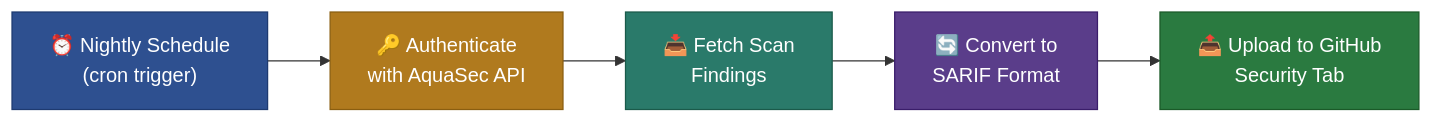
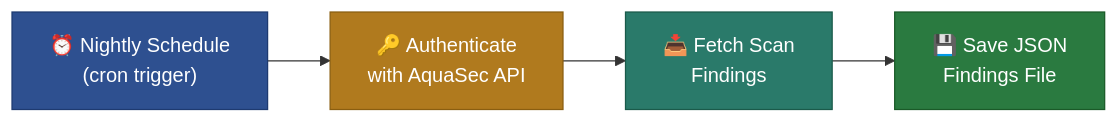
One commit to AbsaOSS/aquasec-scan-results changed the diagram in docs/night-scan-mode.md. Above: the diagram before and after it, drawn with Mermaid. The commit also changed other lines of this file and 14 other files, not shown here.

````diff
--- a/docs/night-scan-mode.md
+++ b/docs/night-scan-mode.md
@@ -18,13 +16,11 @@
 ```mermaid
 flowchart LR
     A["⏰ Nightly Schedule\n(cron trigger)"] --> B["🔑 Authenticate\nwith AquaSec API"]
     B --> C["📥 Fetch Scan\nFindings"]
-    C --> D["🔄 Convert to\nSARIF Format"]
-    D --> E["📤 Upload to GitHub\nSecurity Tab"]
+    C --> D["💾 Save JSON\nFindings File"]
 
     style A fill:#2e5090,color:#fff,stroke:#1e3a70
     style B fill:#b07a1e,color:#fff,stroke:#8a5e10
     style C fill:#2a7a6a,color:#fff,stroke:#1a5a4a
-    style D fill:#5a3d8a,color:#fff,stroke:#3a1d6a
-    style E fill:#2a7a40,color:#fff,stroke:#1a5a28
+    style D fill:#2a7a40,color:#fff,stroke:#1a5a28
 ```
````
